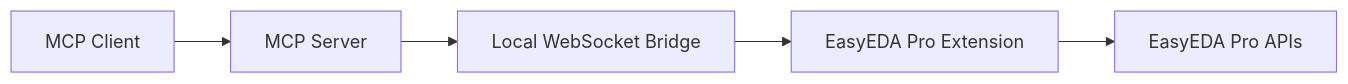
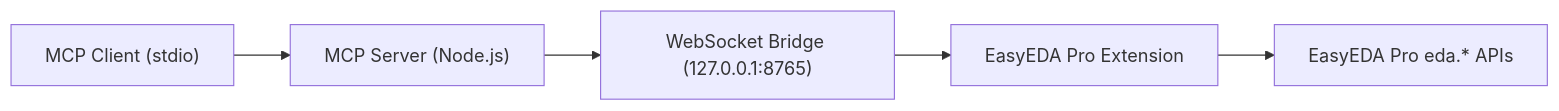
Before and after one commit to VLab-Software/easyeda_mcp: the diagram in docs/architecture.md, drawn with Mermaid. The commit also changed other lines of this file and 16 other files, not shown here.

````diff
--- a/docs/architecture.md
+++ b/docs/architecture.md
@@ -9,7 +5,7 @@
 ```mermaid
 flowchart LR
-    A["MCP Client"] --> B["MCP Server"]
-    B --> C["Local WebSocket Bridge"]
+    A["MCP Client (stdio)"] --> B["MCP Server (Node.js)"]
+    B --> C["WebSocket Bridge (127.0.0.1:8765)"]
     C --> D["EasyEDA Pro Extension"]
-    D --> E["EasyEDA Pro APIs"]
+    D --> E["EasyEDA Pro eda.* APIs"]
 ```
````
